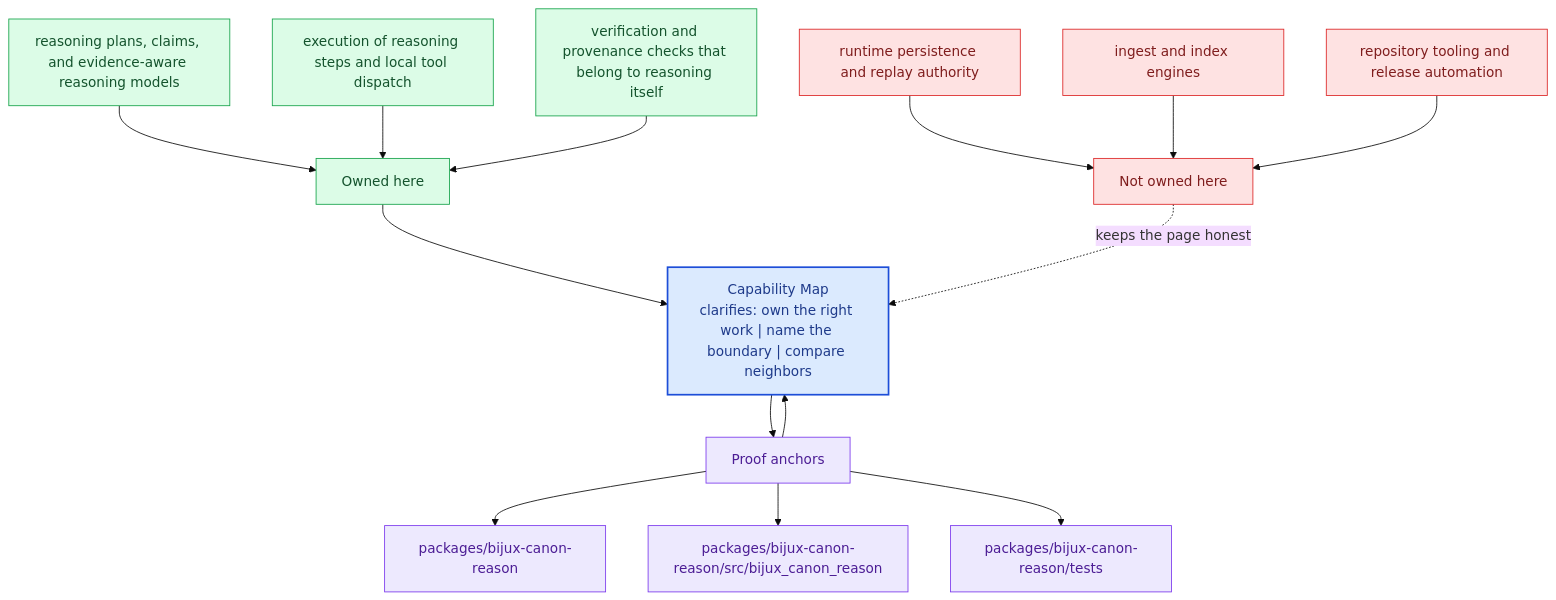
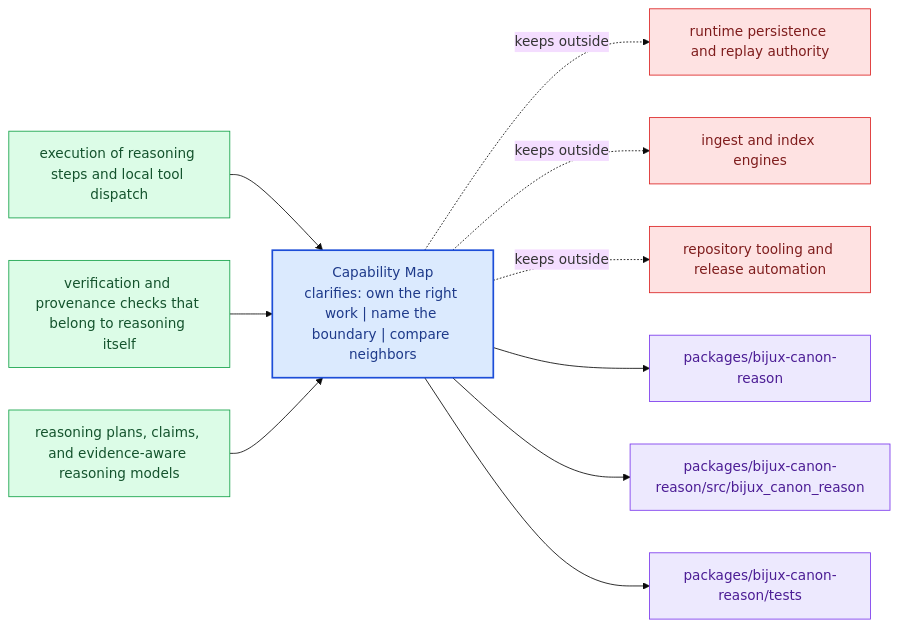
The diagram in docs/bijux-canon-reason/foundation/capability-map.md (bijux/bijux-canon), drawn with Mermaid (base theme) before and after one commit. The commit also changed other lines of this file and 281 other files, not shown here.

Commit message:
docs(diagrams): replace repeated mermaid scaffolds with page-specific summaries

````diff
--- a/docs/bijux-canon-reason/foundation/capability-map.md
+++ b/docs/bijux-canon-reason/foundation/capability-map.md
@@ -68,40 +23,31 @@
 ```mermaid
-flowchart TB
-    promise["Capability Map<br/>clarifies: own the right work | name the boundary | compare neighbors"]
-    classDef promise fill:#dbeafe,stroke:#1d4ed8,color:#1e3a8a,stroke-width:2px;
-    classDef driver fill:#dcfce7,stroke:#16a34a,color:#14532d;
-    classDef constraint fill:#fee2e2,stroke:#dc2626,color:#7f1d1d;
-    classDef ground fill:#ede9fe,stroke:#7c3aed,color:#4c1d95;
-    focus1["Owned here"]
-    focus1 --> promise
-    focus1_1["reasoning plans, claims, and evidence-aware reasoning models"]
-    focus1_1 --> focus1
-    focus1_2["execution of reasoning steps and local tool dispatch"]
-    focus1_2 --> focus1
-    focus1_3["verification and provenance checks that belong to reasoning itself"]
-    focus1_3 --> focus1
-    class focus1 driver;
-    class focus1_1,focus1_2,focus1_3 driver;
-    focus2["Not owned here"]
-    focus2 -.keeps the page honest.-> promise
-    focus2_1["runtime persistence and replay authority"]
-    focus2_1 --> focus2
-    focus2_2["ingest and index engines"]
-    focus2_2 --> focus2
-    focus2_3["repository tooling and release automation"]
-    focus2_3 --> focus2
-    class focus2 constraint;
-    class focus2_1,focus2_2,focus2_3 constraint;
-    focus3["Proof anchors"]
-    focus3 --> promise
-    promise --> focus3
-    focus3_1["packages/bijux-canon-reason"]
-    focus3 --> focus3_1
-    focus3_2["packages/bijux-canon-reason/src/bijux_canon_reason"]
-    focus3 --> focus3_2
-    focus3_3["packages/bijux-canon-reason/tests"]
-    focus3 --> focus3_3
-    class focus3 ground;
-    class focus3_1,focus3_2,focus3_3 ground;
-    class promise promise;
+flowchart LR
+    page["Capability Map<br/>clarifies: own the right work | name the boundary | compare neighbors"]
+    classDef page fill:#dbeafe,stroke:#1d4ed8,color:#1e3a8a,stroke-width:2px;
+    classDef positive fill:#dcfce7,stroke:#16a34a,color:#14532d;
+    classDef caution fill:#fee2e2,stroke:#dc2626,color:#7f1d1d;
+    classDef anchor fill:#ede9fe,stroke:#7c3aed,color:#4c1d95;
+    classDef action fill:#fef3c7,stroke:#d97706,color:#7c2d12;
+    own1["execution of reasoning steps and local tool dispatch"]
+    own1 --> page
+    own2["verification and provenance checks that belong to reasoning itself"]
+    own2 --> page
+    own3["reasoning plans, claims, and evidence-aware reasoning models"]
+    own3 --> page
+    limit1["runtime persistence and replay authority"]
+    page -.keeps outside.-> limit1
+    limit2["ingest and index engines"]
+    page -.keeps outside.-> limit2
+    limit3["repository tooling and release automation"]
+    page -.keeps outside.-> limit3
+    anchor1["packages/bijux-canon-reason"]
+    page --> anchor1
+    anchor2["packages/bijux-canon-reason/src/bijux_canon_reason"]
+    page --> anchor2
+    anchor3["packages/bijux-canon-reason/tests"]
+    page --> anchor3
+    class page page;
+    class own1,own2,own3 positive;
+    class limit1,limit2,limit3 caution;
+    class anchor1,anchor2,anchor3 anchor;
 ```
````
